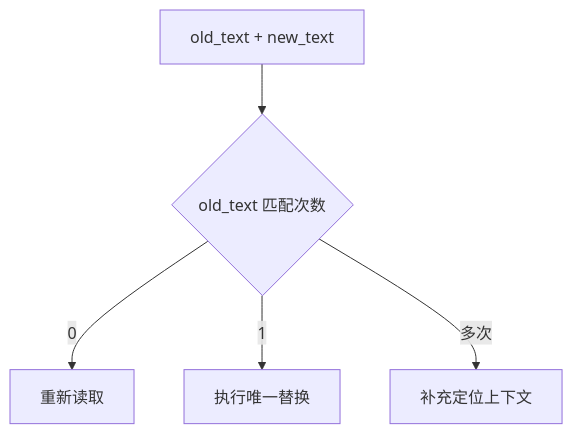
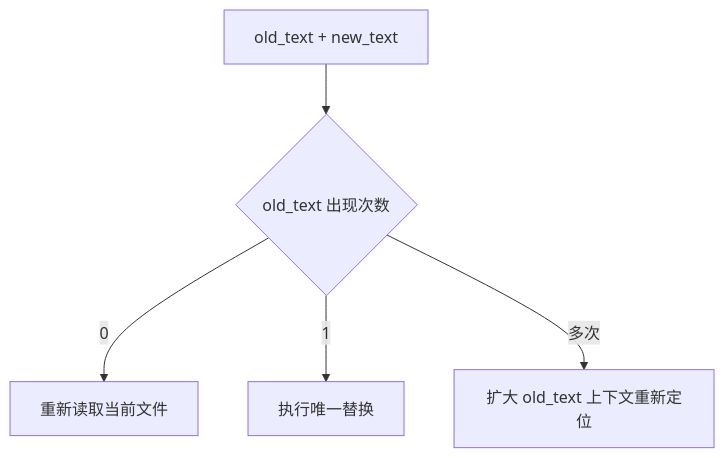
The ninth of 15 diagrams in docs/05-capability-and-tool-system.md (Arthur999459up/GitAgent), drawn with Mermaid before and after one commit. The commit also changed other lines of this file and 3 other files, not shown here.

````diff
--- a/docs/05-capability-and-tool-system.md
+++ b/docs/05-capability-and-tool-system.md
@@ -189,7 +709,7 @@
 ```mermaid
 flowchart TD
-    A[old_text + new_text] --> B{old_text 匹配次数}
-    B -->|0| R[重新读取]
-    B -->|1| E[执行唯一替换]
-    B -->|多次| C[补充定位上下文]
+    A[old_text + new_text] --> C{old_text 出现次数}
+    C -->|0| R[重新读取当前文件]
+    C -->|1| E[执行唯一替换]
+    C -->|多次| M[扩大 old_text 上下文重新定位]
 ```
````
